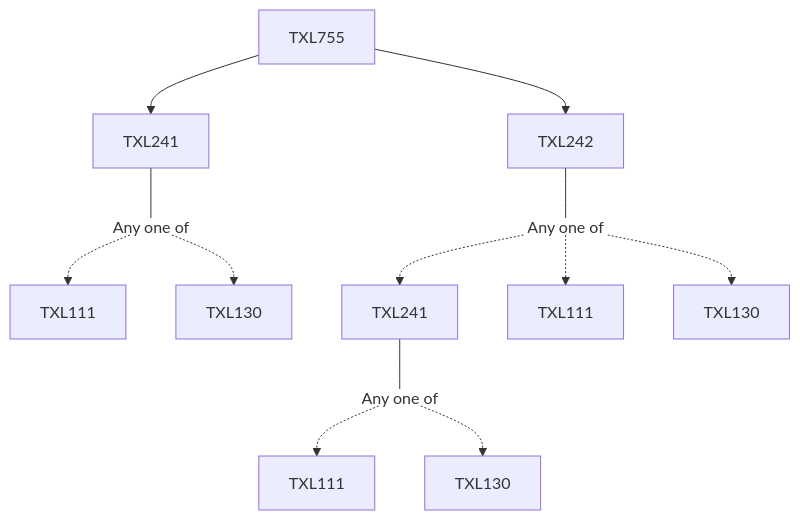
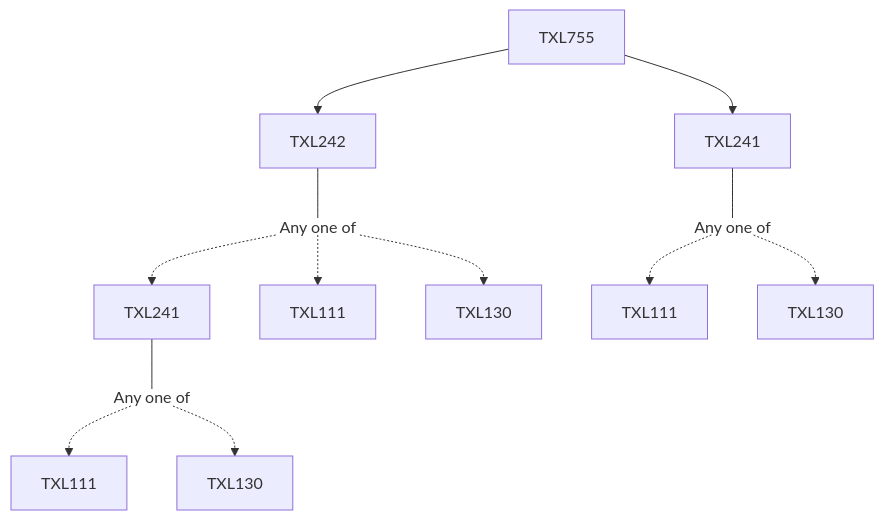
The diagram in content/Textile and Fibre Engineering/TXL755.md (KeshavBansal0122/CoS_Website), drawn with Mermaid before and after one commit. The commit also changed other lines of this file and 392 other files, not shown here.

````diff
--- a/content/Textile and Fibre Engineering/TXL755.md
+++ b/content/Textile and Fibre Engineering/TXL755.md
@@ -13,19 +13,19 @@
 ```mermaid
 flowchart TD
 TXL755-844[TXL755]
 TXL755-844 --> TXL242-844[TXL242]
+TXL242-844 --- Or848[Any one of]:::empty
+TXL241-849 --- Or850[Any one of]:::empty
+Or850 -.-> TXL111-851[TXL111]
+Or850 -.-> TXL130-852[TXL130]
+Or848 -.-> TXL241-849[TXL241]
+Or848 -.-> TXL111-853[TXL111]
+Or848 -.-> TXL130-854[TXL130]
+TXL755-844 --> TXL241-844[TXL241]
 TXL241-844 --- Or845[Any one of]:::empty
 Or845 -.-> TXL111-846[TXL111]
 Or845 -.-> TXL130-847[TXL130]
-TXL755-844 --> TXL241-844[TXL241]
-TXL242-844 --- Or848[Any one of]:::empty
-Or848 -.-> TXL241-849[TXL241]
-TXL241-849 --- Or850[Any one of]:::empty
-Or850 -.-> TXL111-851[TXL111]
-Or850 -.-> TXL130-852[TXL130]
-Or848 -.-> TXL111-853[TXL111]
-Or848 -.-> TXL130-854[TXL130]
 
 classDef empty height:17px, fill:transparent, stroke:transparent;
 classDef trueEmpty height:0px, width:0px;
 ```
````
